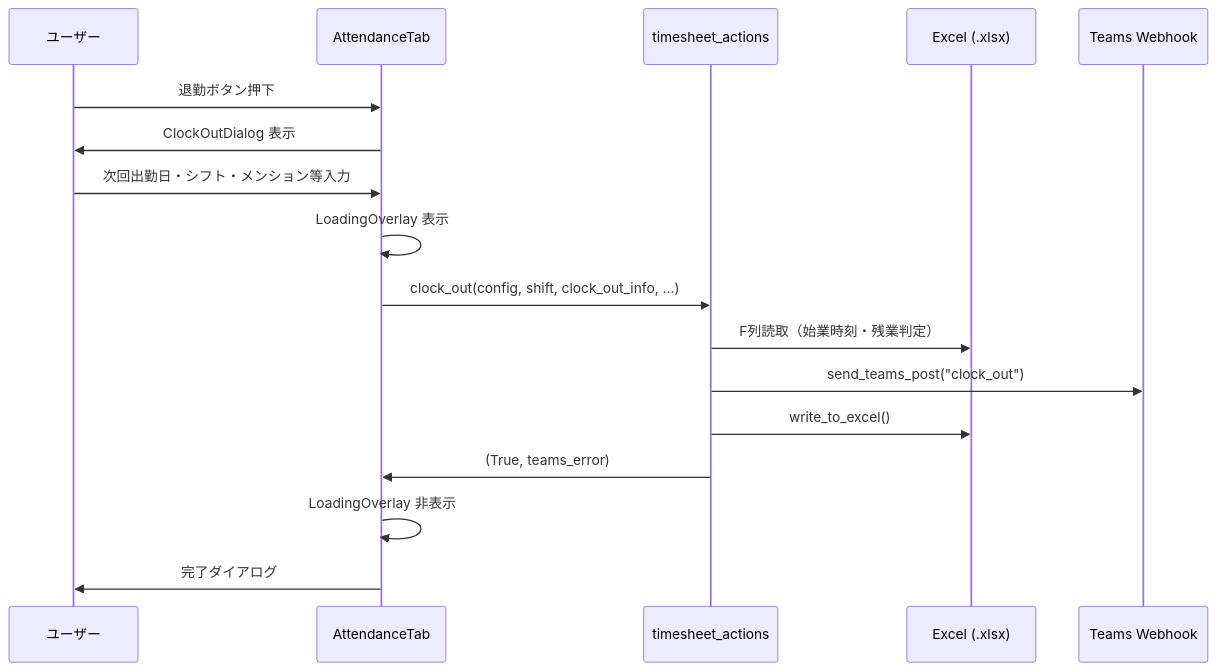
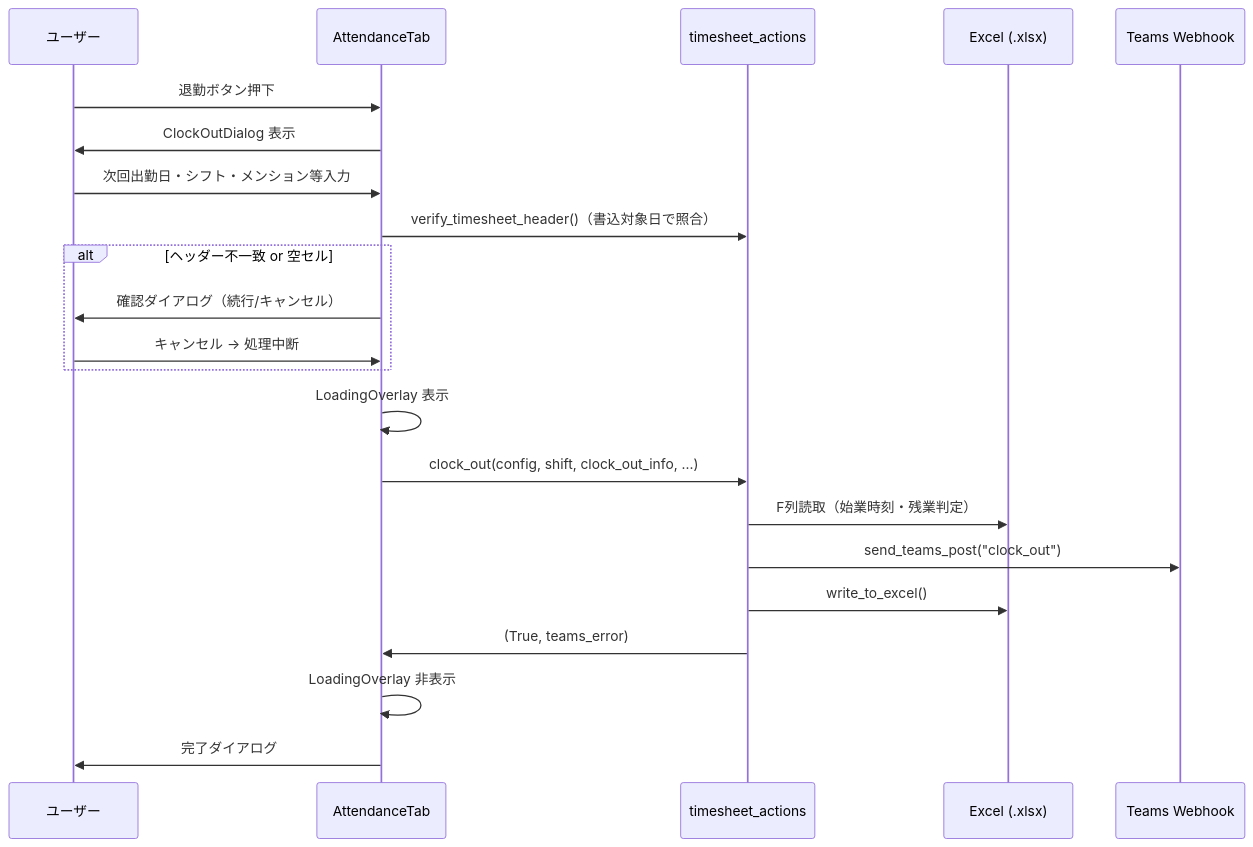
Before and after one commit to n-masashi/kintai-app: the second of 2 diagrams in python-ver/kintai-app-py/README.md, drawn with Mermaid. The commit also changed other lines of this file and 3 other files, not shown here.

````diff
--- a/python-ver/kintai-app-py/README.md
+++ b/python-ver/kintai-app-py/README.md
@@ -500,20 +507,25 @@
 ```mermaid
 sequenceDiagram
     participant U as ユーザー
     participant AT as AttendanceTab
     participant TA as timesheet_actions
     participant XL as Excel (.xlsx)
     participant TW as Teams Webhook
 
     U->>AT: 退勤ボタン押下
     AT->>U: ClockOutDialog 表示
     U->>AT: 次回出勤日・シフト・メンション等入力
+    AT->>TA: verify_timesheet_header()（書込対象日で照合）
+    alt ヘッダー不一致 or 空セル
+        AT->>U: 確認ダイアログ（続行/キャンセル）
+        U->>AT: キャンセル → 処理中断
+    end
     AT->>AT: LoadingOverlay 表示
     AT->>TA: clock_out(config, shift, clock_out_info, ...)
     TA->>XL: F列読取（始業時刻・残業判定）
     TA->>TW: send_teams_post("clock_out")
     TA->>XL: write_to_excel()
     TA->>AT: (True, teams_error)
     AT->>AT: LoadingOverlay 非表示
     AT->>U: 完了ダイアログ
 ```
````
